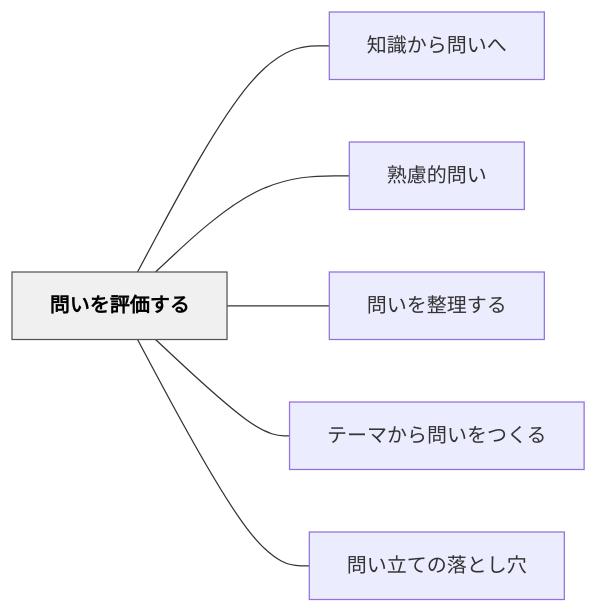
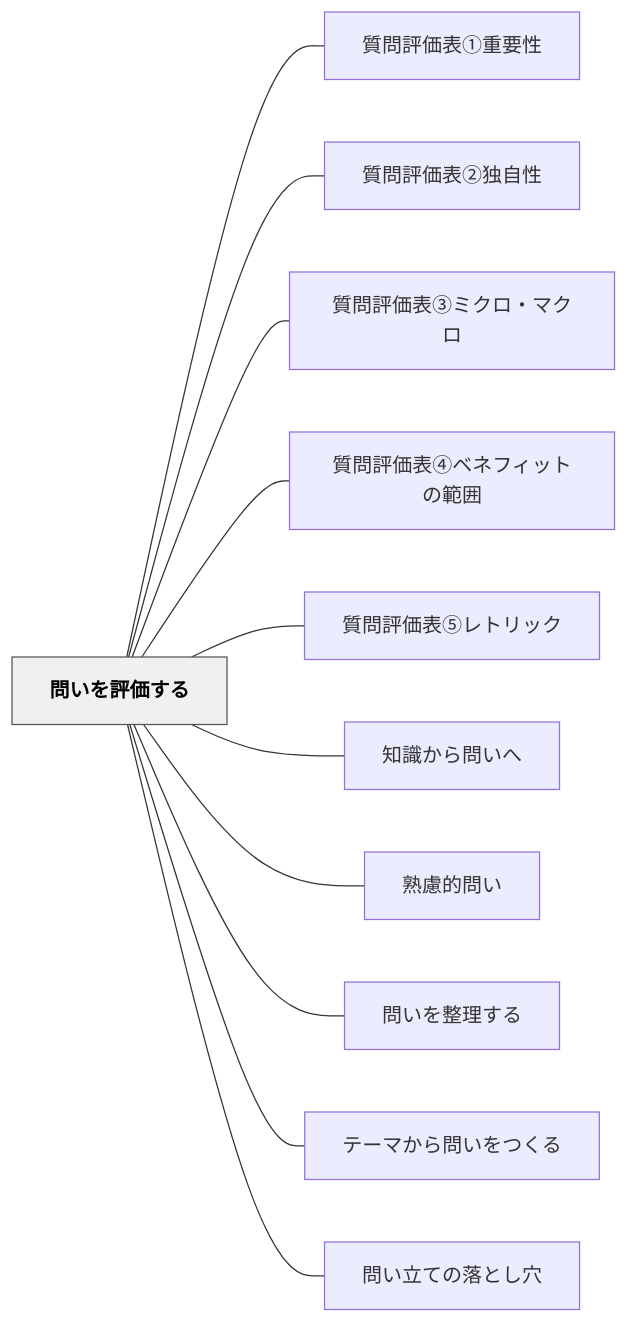
The diagram in content/パタン/問いを評価する.md (unknownthings-ed-patterns/unknownthings-ed-patterns), drawn with Mermaid before and after one commit. The commit also changed other lines of this file and 44 other files, not shown here.

````diff
--- a/content/パタン/問いを評価する.md
+++ b/content/パタン/問いを評価する.md
@@ -51,18 +56,28 @@
 ```mermaid
 flowchart LR
     ne5958fe38184e38292e8a995e4bea1e38199e3828b["問いを評価する"]
+    ne8b3aae5958fe8a995e4bea1e8a1a8e291a0e9878de8a681e680a7["質問評価表①重要性"]
+    ne8b3aae5958fe8a995e4bea1e8a1a8e291a1e78bace887aae680a7["質問評価表②独自性"]
+    ne8b3aae5958fe8a995e4bea1e8a1a8e291a2e3839fe382afe383ade383bbe3839ee382afe383ad["質問評価表③ミクロ・マクロ"]
+    ne8b3aae5958fe8a995e4bea1e8a1a8e291a3e38399e3838de38395e382a3e38383e38388e381aee7af84e59bb2["質問評価表④ベネフィットの範囲"]
+    ne8b3aae5958fe8a995e4bea1e8a1a8e291a4e383ace38388e383aae38383e382af["質問評価表⑤レトリック"]
     ne79fa5e8ad98e3818be38289e5958fe38184e381b8["知識から問いへ"]
     ne7869fe685aee79a84e5958fe38184["熟慮的問い"]
     ne5958fe38184e38292e695b4e79086e38199e3828b["問いを整理する"]
     ne38386e383bce3839ee3818be38289e5958fe38184e38292e381a4e3818fe3828b["テーマから問いをつくる"]
     ne5958fe38184e7ab8be381a6e381aee890bde381a8e38197e7a9b4["問い立ての落とし穴"]
 
+    ne5958fe38184e38292e8a995e4bea1e38199e3828b --- ne8b3aae5958fe8a995e4bea1e8a1a8e291a0e9878de8a681e680a7
+    ne5958fe38184e38292e8a995e4bea1e38199e3828b --- ne8b3aae5958fe8a995e4bea1e8a1a8e291a1e78bace887aae680a7
+    ne5958fe38184e38292e8a995e4bea1e38199e3828b --- ne8b3aae5958fe8a995e4bea1e8a1a8e291a2e3839fe382afe383ade383bbe3839ee382afe383ad
+    ne5958fe38184e38292e8a995e4bea1e38199e3828b --- ne8b3aae5958fe8a995e4bea1e8a1a8e291a3e38399e3838de38395e382a3e38383e38388e381aee7af84e59bb2
+    ne5958fe38184e38292e8a995e4bea1e38199e3828b --- ne8b3aae5958fe8a995e4bea1e8a1a8e291a4e383ace38388e383aae38383e382af
     ne5958fe38184e38292e8a995e4bea1e38199e3828b --- ne79fa5e8ad98e3818be38289e5958fe38184e381b8
     ne5958fe38184e38292e8a995e4bea1e38199e3828b --- ne7869fe685aee79a84e5958fe38184
     ne5958fe38184e38292e8a995e4bea1e38199e3828b --- ne5958fe38184e38292e695b4e79086e38199e3828b
     ne5958fe38184e38292e8a995e4bea1e38199e3828b --- ne38386e383bce3839ee3818be38289e5958fe38184e38292e381a4e3818fe3828b
     ne5958fe38184e38292e8a995e4bea1e38199e3828b --- ne5958fe38184e7ab8be381a6e381aee890bde381a8e38197e7a9b4
 
     classDef hub fill:#f0f0f0,stroke:#555,color:#000,font-weight:bold
     class ne5958fe38184e38292e8a995e4bea1e38199e3828b hub
 ```
````
